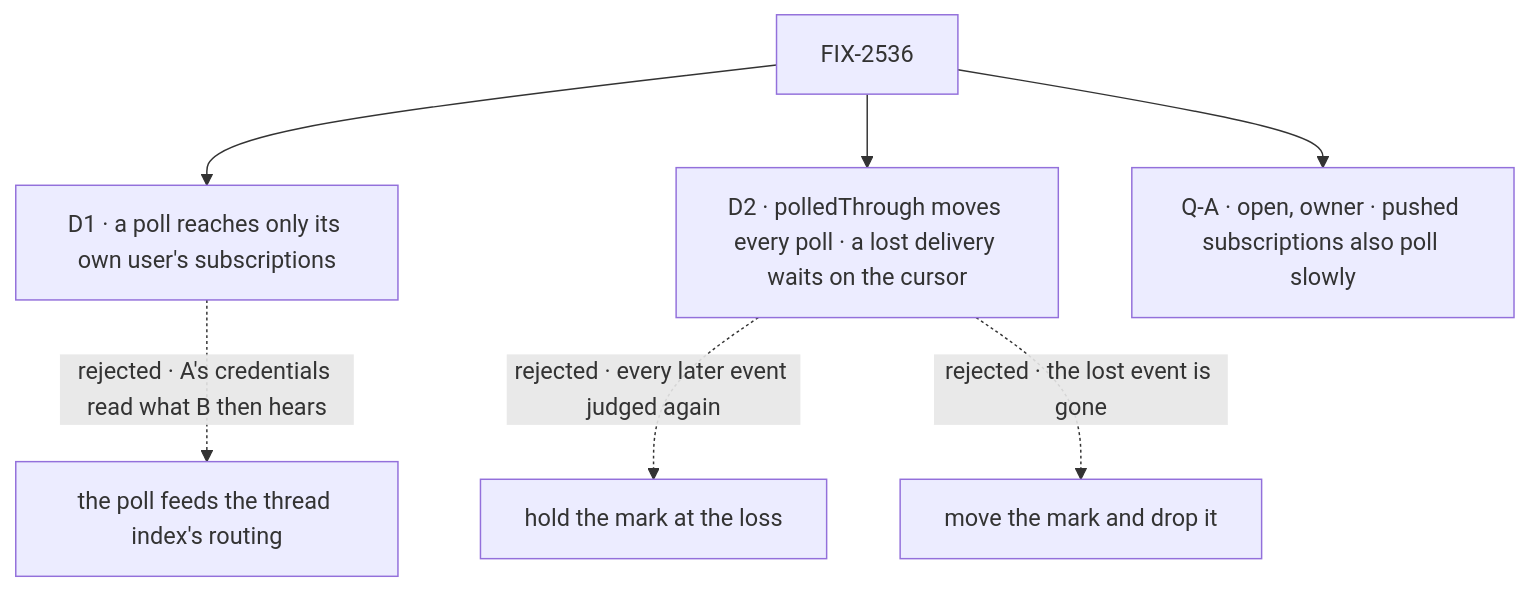
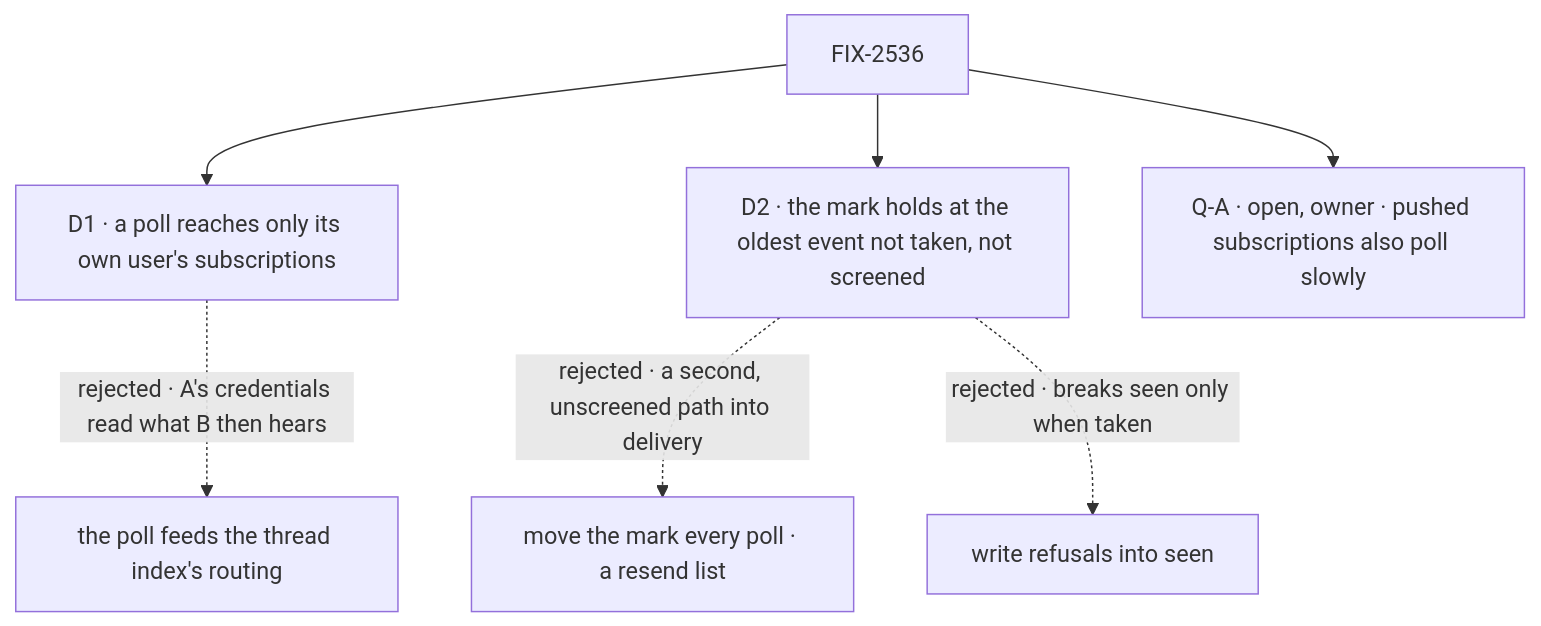
The diagram in specs/issues/FIX-2536/DECISIONS.md (fixpoint-labs/flow-state-dev), drawn with Mermaid before and after one commit. The commit also changed other lines of this file and 3 other files, not shown here.

First line of the commit message:
spec(FIX-2536): fold review — held mark + screened, one shared tick

````diff
--- a/specs/issues/FIX-2536/DECISIONS.md
+++ b/specs/issues/FIX-2536/DECISIONS.md
@@ -10,9 +9,9 @@
 ```mermaid
 flowchart TD
   I["FIX-2536"] --> D1["D1 · a poll reaches only its own user's subscriptions"]
   D1 -.->|"rejected · A's credentials read what B then hears"| X1["the poll feeds the thread index's routing"]
-  I --> D2["D2 · polledThrough moves every poll · a lost delivery waits on the cursor"]
-  D2 -.->|"rejected · every later event judged again"| X2["hold the mark at the loss"]
-  D2 -.->|"rejected · the lost event is gone"| X3["move the mark and drop it"]
+  I --> D2["D2 · the mark holds at the oldest event not taken, not screened"]
+  D2 -.->|"rejected · a second, unscreened path into delivery"| X2["move the mark every poll · a resend list"]
+  D2 -.->|"rejected · breaks seen only when taken"| X3["write refusals into seen"]
   I --> QA["Q-A · open, owner · pushed subscriptions also poll slowly"]
 ```
````
